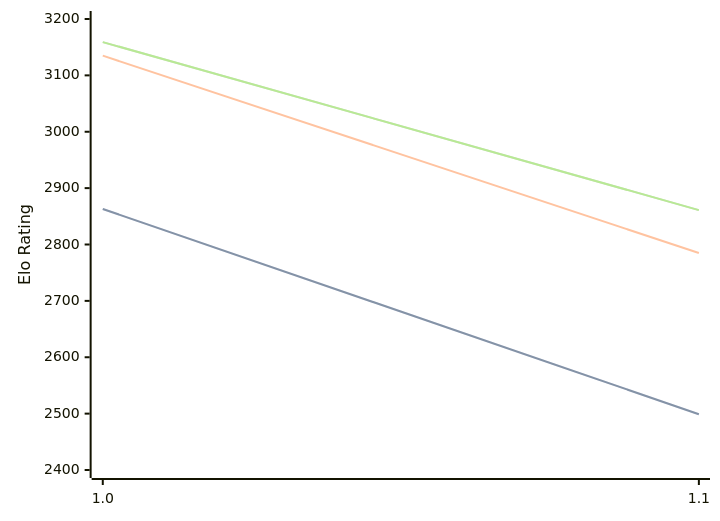
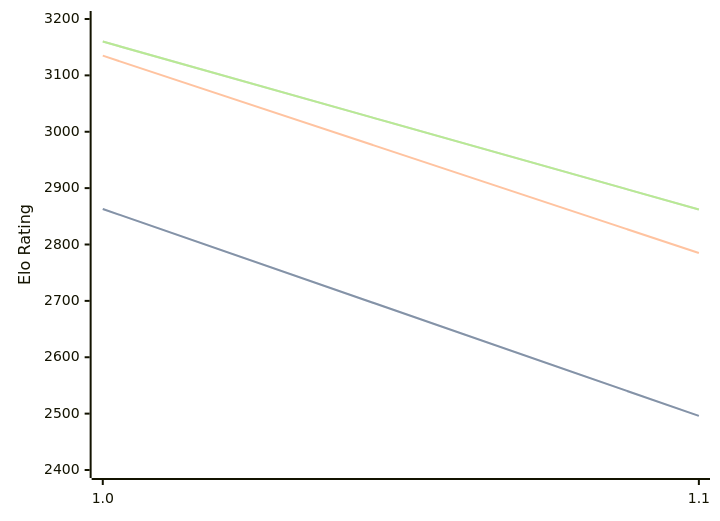
The diagram in engines/Publius.md (computer-chess-index/cci), drawn with Mermaid before and after one commit. The commit also changed other lines of this file, not shown here.

Commit message:
Update CCI Ratings (ELO VLTC) - 2026-04-03

````diff
--- a/engines/Publius.md
+++ b/engines/Publius.md
@@ -32,11 +32,11 @@
 ```mermaid
 %%{init: {"theme":"base","themeVariables":{"seriesColors:['#a3a3a3','#222221','#faa371']}}}%%
 xychart-beta
   x-axis ["1.0", "1.1"]
   y-axis "Elo Rating" 2400 --> 3200
-  line "STC (8.0+0.08s)" [2863, 2499]
-  line "STC (8.0+0.08s)" [2863, 2499]
+  line "STC (8.0+0.08s)" [2863, 2496]
+  line "STC (8.0+0.08s)" [2863, 2496]
   line "LTC (60.0+0.60s)" [3135, 2785]
-  line "VLTC (2m24s+1.12s)" [3159, 2861]
-  line "VLTC (2m24s+1.12s)" [3159, 2861]
+  line "VLTC (2m24s+1.12s)" [3160, 2862]
+  line "VLTC (2m24s+1.12s)" [3160, 2862]
 ```
````
